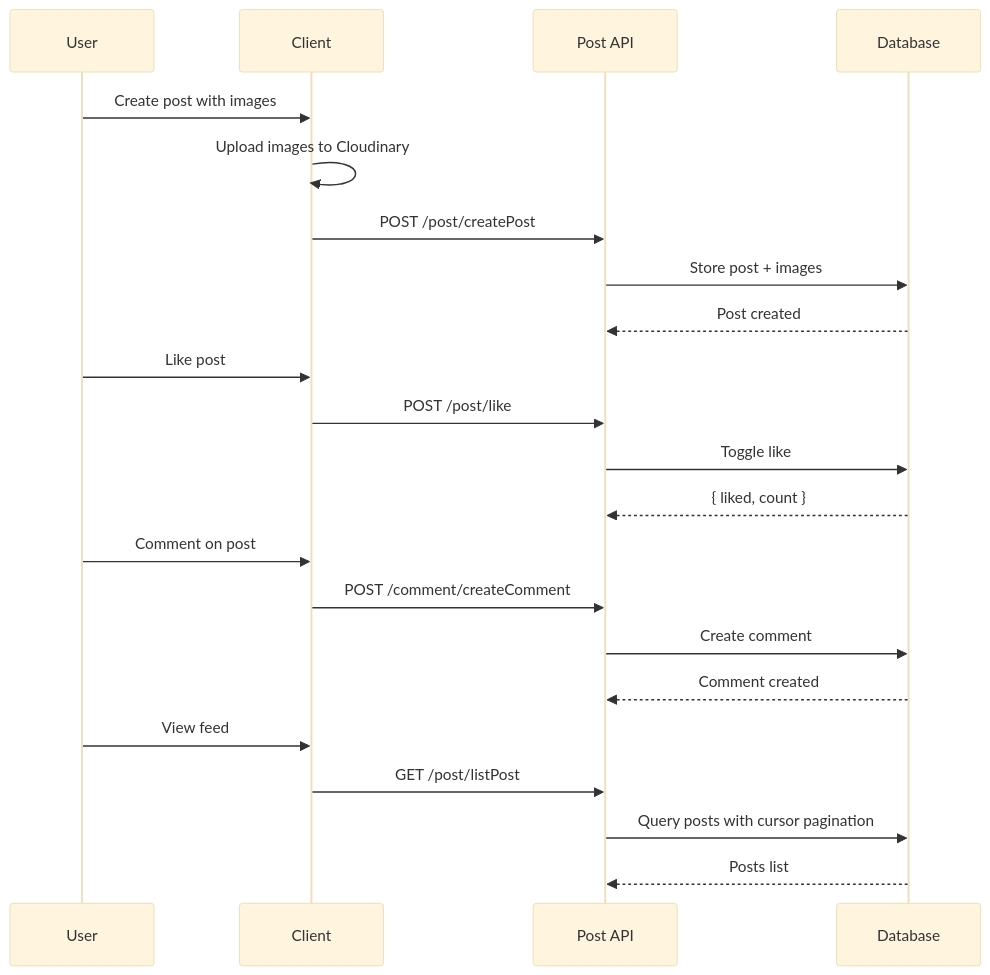
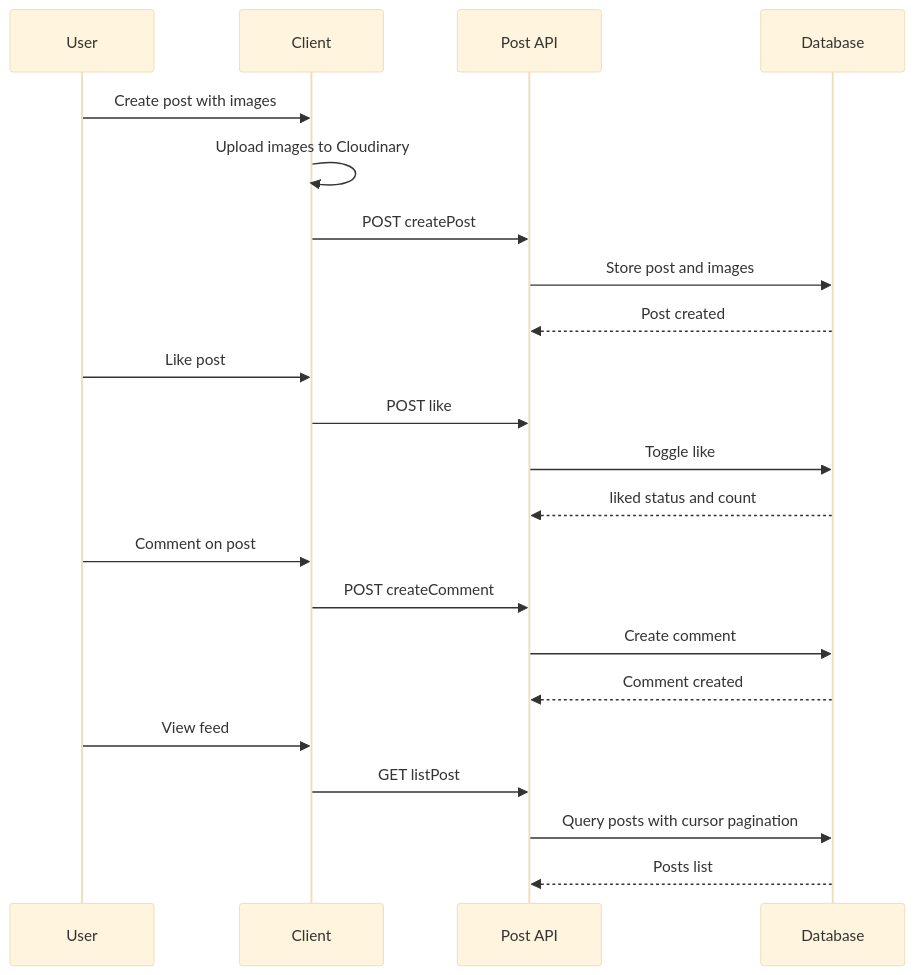
One commit to LeNguyenTatThang/Halogram changed the seventh of 15 diagrams in README.md. Above: the diagram before and after it, drawn with Mermaid (base theme). The commit also changed other lines of this file, not shown here.

First line of the commit message:
fix: repair all Mermaid diagrams for GitHub render compatibility

````diff
--- a/README.md
+++ b/README.md
@@ -579,28 +583,28 @@
 ```mermaid
 sequenceDiagram
     participant U as User
     participant C as Client
     participant API as Post API
     participant DB as Database
 
     U->>C: Create post with images
     C->>C: Upload images to Cloudinary
-    C->>API: POST /post/createPost
-    API->>DB: Store post + images
+    C->>API: POST createPost
+    API->>DB: Store post and images
     DB-->>API: Post created
 
     U->>C: Like post
-    C->>API: POST /post/like
+    C->>API: POST like
     API->>DB: Toggle like
-    DB-->>API: { liked, count }
+    DB-->>API: liked status and count
 
     U->>C: Comment on post
-    C->>API: POST /comment/createComment
+    C->>API: POST createComment
     API->>DB: Create comment
     DB-->>API: Comment created
 
     U->>C: View feed
-    C->>API: GET /post/listPost
+    C->>API: GET listPost
     API->>DB: Query posts with cursor pagination
     DB-->>API: Posts list
 ```
````
